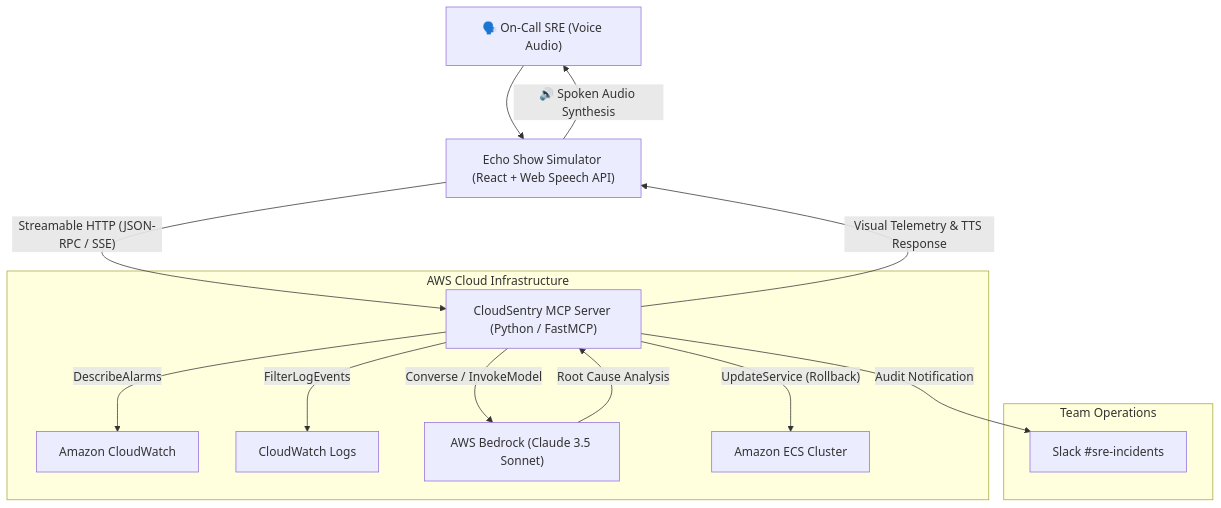
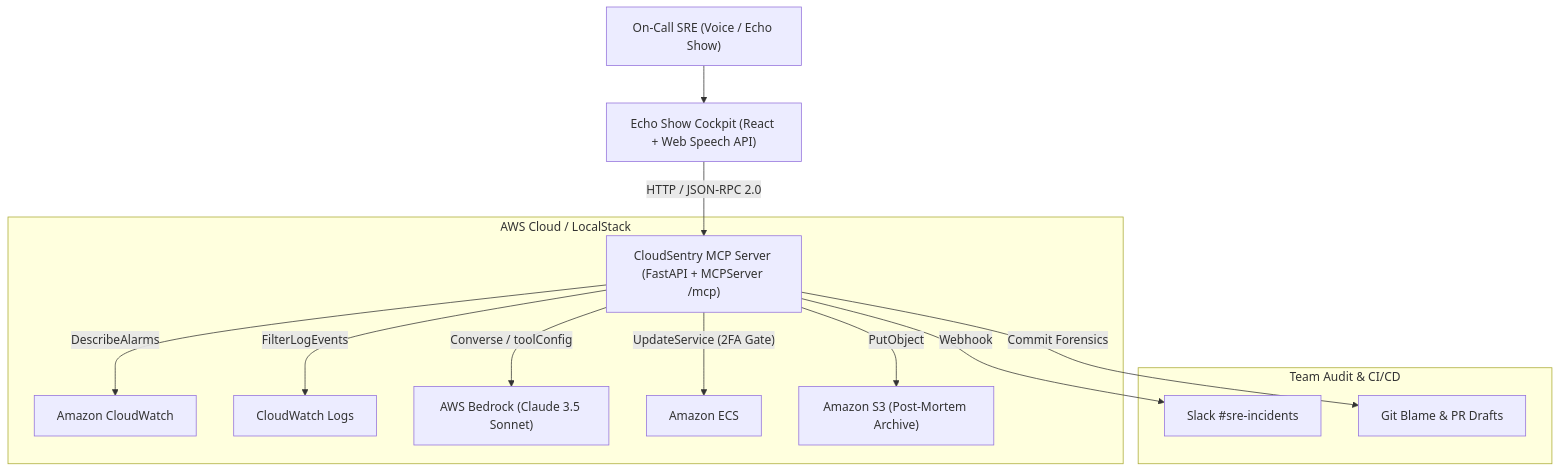
Before and after one commit to SSpirate11/aws-cloud-sentry: the diagram in README.md, drawn with Mermaid. The commit also changed other lines of this file and 1 other file, not shown here.

````diff
--- a/README.md
+++ b/README.md
@@ -89,20 +89,18 @@
 ```mermaid
 flowchart TD
-    User["🗣️ On-Call SRE (Voice Audio)"] --> Simulator["Echo Show Simulator (React + Web Speech API)"]
-    Simulator -->|"Streamable HTTP (JSON-RPC / SSE)"| MCP["CloudSentry MCP Server (Python / FastMCP)"]
-    
-    subgraph AWS_Cloud ["AWS Cloud Infrastructure"]
+    User["On-Call SRE (Voice / Echo Show)"] --> Simulator["Echo Show Cockpit (React + Web Speech API)"]
+    Simulator -->|"HTTP / JSON-RPC 2.0"| MCP["CloudSentry MCP Server (FastAPI + MCPServer /mcp)"]
+
+    subgraph AWS_Infrastructure ["AWS Cloud / LocalStack"]
         MCP -->|"DescribeAlarms"| CW["Amazon CloudWatch"]
         MCP -->|"FilterLogEvents"| CWL["CloudWatch Logs"]
-        MCP -->|"Converse / InvokeModel"| Bedrock["AWS Bedrock (Claude 3.5 Sonnet)"]
-        MCP -->|"UpdateService (Rollback)"| ECS["Amazon ECS Cluster"]
+        MCP -->|"Converse / toolConfig"| Bedrock["AWS Bedrock (Claude 3.5 Sonnet)"]
+        MCP -->|"UpdateService (2FA Gate)"| ECS["Amazon ECS"]
+        MCP -->|"PutObject"| S3["Amazon S3 (Post-Mortem Archive)"]
     end
-    
-    subgraph Team_Comms ["Team Operations"]
-        MCP -->|"Audit Notification"| Slack["Slack #sre-incidents"]
+
+    subgraph Ops_Audit ["Team Audit & CI/CD"]
+        MCP -->|"Webhook"| Slack["Slack #sre-incidents"]
+        MCP -->|"Commit Forensics"| Git["Git Blame & PR Drafts"]
     end
-    
-    Bedrock -->|"Root Cause Analysis"| MCP
-    MCP -->|"Visual Telemetry & TTS Response"| Simulator
-    Simulator -->|"🔊 Spoken Audio Synthesis"| User
 ```
````
